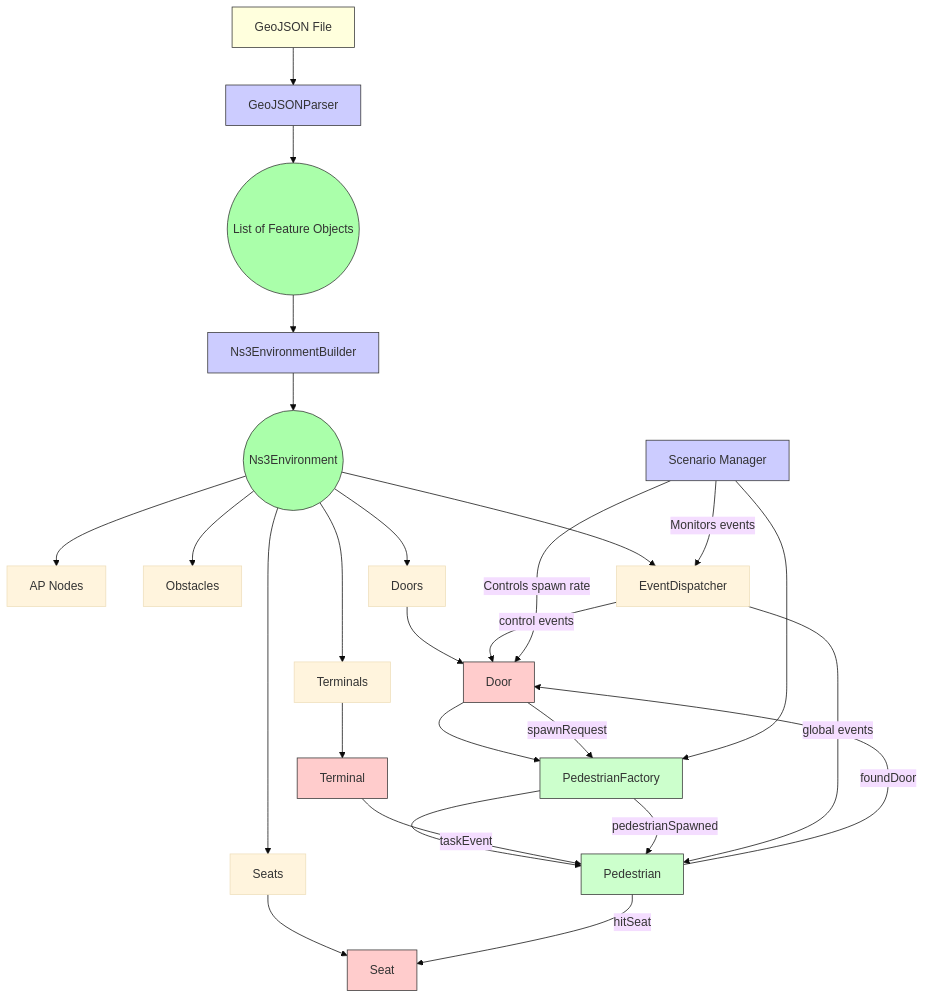
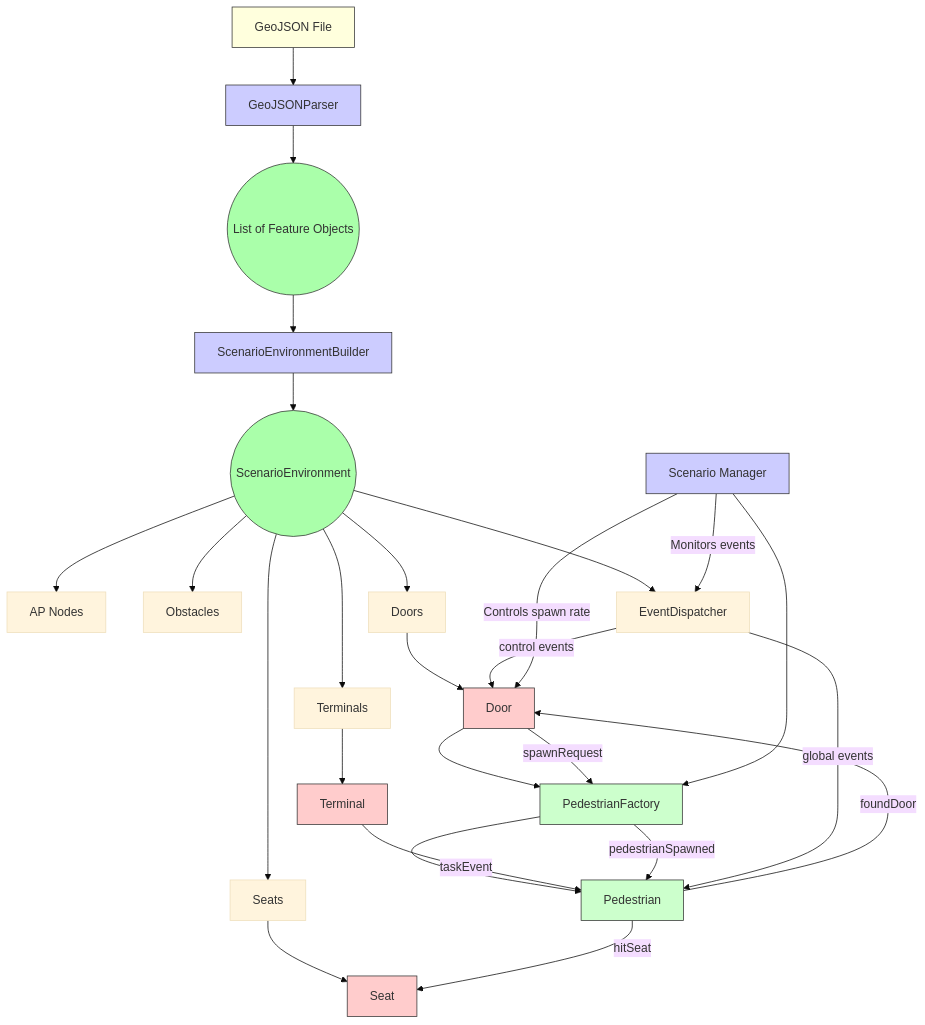
The diagram in README.md (Sibyx/monadcount-sim), drawn with Mermaid (base theme) before and after one commit. The commit also changed 13 other files, not shown here.

````diff
--- a/README.md
+++ b/README.md
@@ -53,51 +53,51 @@
 ```mermaid
 flowchart TD
     A[GeoJSON File] --> B[GeoJSONParser]
     B --> C((List of Feature Objects))
 
-    C --> D[Ns3EnvironmentBuilder]
-    D --> E((Ns3Environment))
+    C --> D[ScenarioEnvironmentBuilder]
+    D --> E((ScenarioEnvironment))
 
 %% Environment internal collections
     E --> E1[AP Nodes]
     E --> E2[Obstacles]
     E --> E3[Seats]
     E --> E4[Doors]
     E --> E5[Terminals]
     E --> E6[EventDispatcher]
 
 %% Dynamic Actors
     E4 --> F[Door]
     E3 --> G[Seat]
     E5 --> H[Terminal]
     F --> I[PedestrianFactory]
     I --> J[Pedestrian]
 
 %% Event flow
     J -- "hitSeat" --> G
     J -- "foundDoor" --> F
     H -- "taskEvent" --> J
     F -- "spawnRequest" --> I
     I -- "pedestrianSpawned" --> J
     E6 -- "control events" --> F
     E6 -- "global events" --> J
 
 %% Scenario Manager
     K[Scenario Manager]
     K --> I
     K -->|Monitors events| E6
     K -->|Controls spawn rate| F
 
     style A fill:#ffd,stroke:#333,stroke-width:1px
     style B fill:#ccf,stroke:#333,stroke-width:1px
     style C fill:#afa,stroke:#333,stroke-width:1px
     style D fill:#ccf,stroke:#333,stroke-width:1px
     style E fill:#afa,stroke:#333,stroke-width:1px
     style F fill:#fcc,stroke:#333,stroke-width:1px
     style G fill:#fcc,stroke:#333,stroke-width:1px
     style H fill:#fcc,stroke:#333,stroke-width:1px
     style I fill:#cfc,stroke:#333,stroke-width:1px
     style J fill:#cfc,stroke:#333,stroke-width:1px
     style K fill:#ccf,stroke:#333,stroke-width:1px
 
 ```
````
